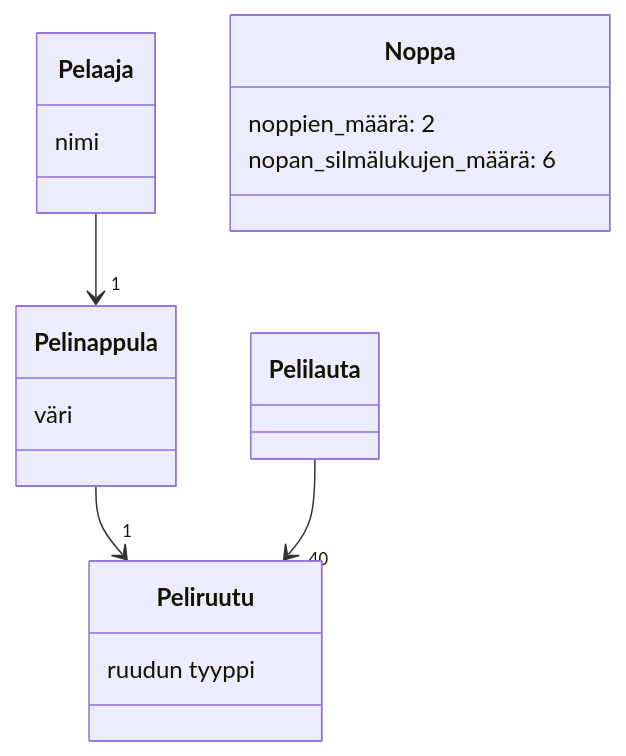
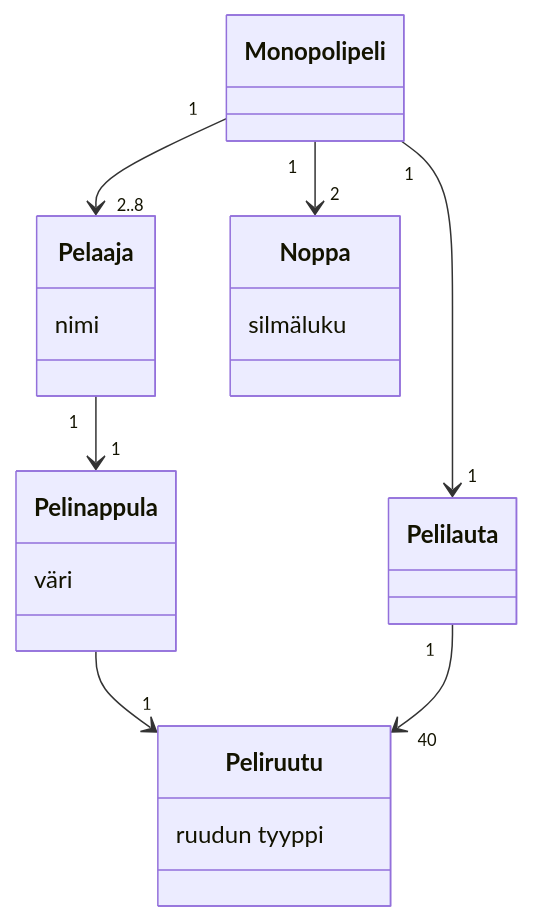
One commit to Jusq17/ot-harjoitustyo changed the diagram in laskarit/viikko3/monopoli.md. Above: the diagram before and after it, drawn with Mermaid.

````diff
--- a/laskarit/viikko3/monopoli.md
+++ b/laskarit/viikko3/monopoli.md
@@ -3,30 +3,36 @@
 ```mermaid
 
   classDiagram
   
-  Pelaaja --> "1" Pelinappula
+  Pelaaja "1" --> "1" Pelinappula
   Pelinappula --> "1" Peliruutu
-  Pelilauta --> "40" Peliruutu
+  Pelilauta "1" --> "40" Peliruutu
+  Monopolipeli "1" --> "2" Noppa
+  Monopolipeli "1" --> "1" Pelilauta
+  Monopolipeli "1" --> "2..8" Pelaaja
+  
+    class Monopolipeli{
+      
+    }
     
     class Pelaaja{
       nimi
     }
     
     class Pelinappula{
       väri
     }
     
     class Pelilauta{
     
     }
     
     class Peliruutu{
       ruudun tyyppi
     }
     
     class Noppa{
-      noppien_määrä: 2
-      nopan_silmälukujen_määrä: 6
+      silmäluku
     }
 
 ```
````
